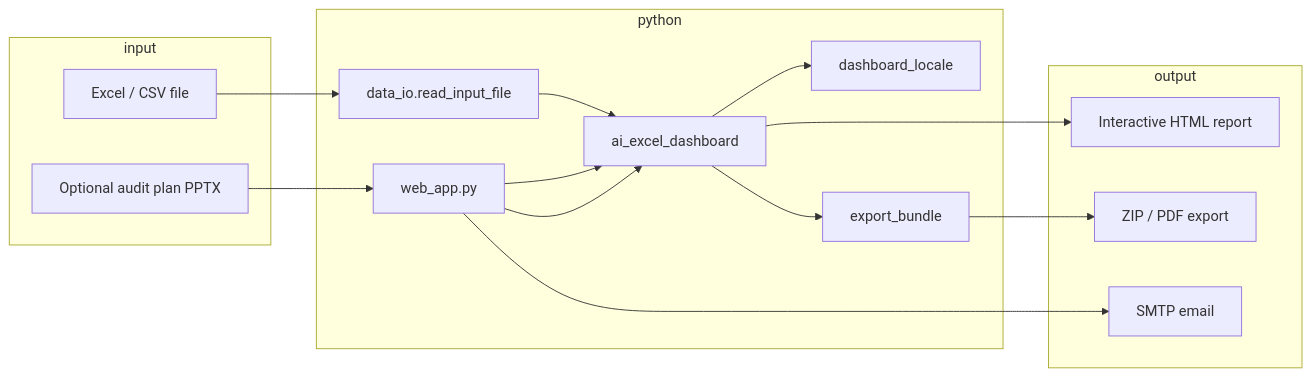
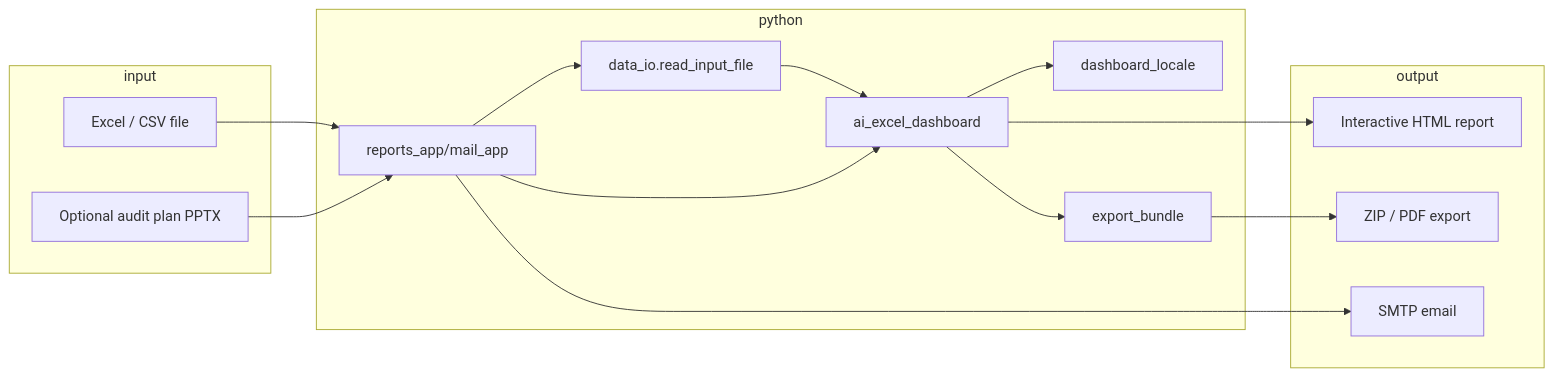
The diagram in docs/ARCHITECTURE.md (bassam123-2/-excel-audit-dashboard), drawn with Mermaid before and after one commit. The commit also changed other lines of this file and 56 other files, not shown here.

Commit message:
Migrate app to Django + MySQL with team-ready structure

````diff
--- a/docs/ARCHITECTURE.md
+++ b/docs/ARCHITECTURE.md
@@ -5,29 +5,28 @@
 ```mermaid
 flowchart LR
   subgraph input
     XLSX[Excel / CSV file]
     PPTX[Optional audit plan PPTX]
   end
 
   subgraph python
+    DJANGO[reports_app/mail_app]
     IO[data_io.read_input_file]
     CORE[ai_excel_dashboard]
     LOC[dashboard_locale]
-    WEB[web_app.py]
     EXP[export_bundle]
   end
 
   subgraph output
     HTML[Interactive HTML report]
     ZIP[ZIP / PDF export]
     MAIL[SMTP email]
   end
 
-  XLSX --> IO --> CORE
-  PPTX --> WEB --> CORE
+  XLSX --> DJANGO --> IO --> CORE
+  PPTX --> DJANGO --> CORE
   CORE --> LOC
-  WEB --> CORE
   CORE --> HTML
   CORE --> EXP --> ZIP
-  WEB --> MAIL
+  DJANGO --> MAIL
 ```
````
